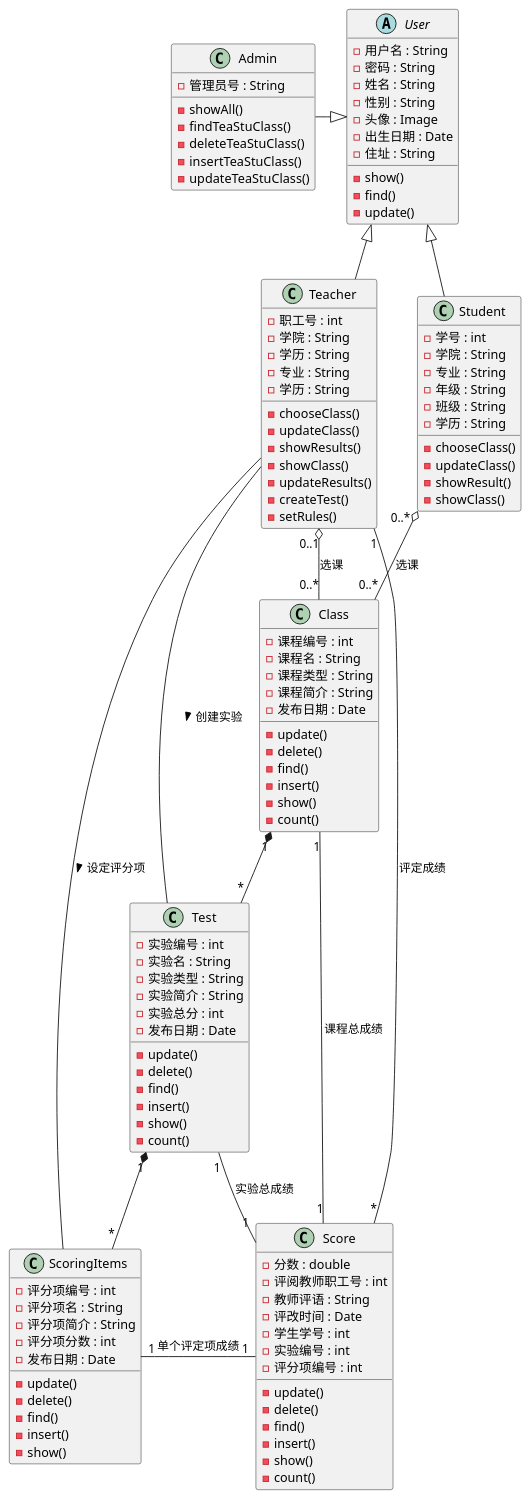
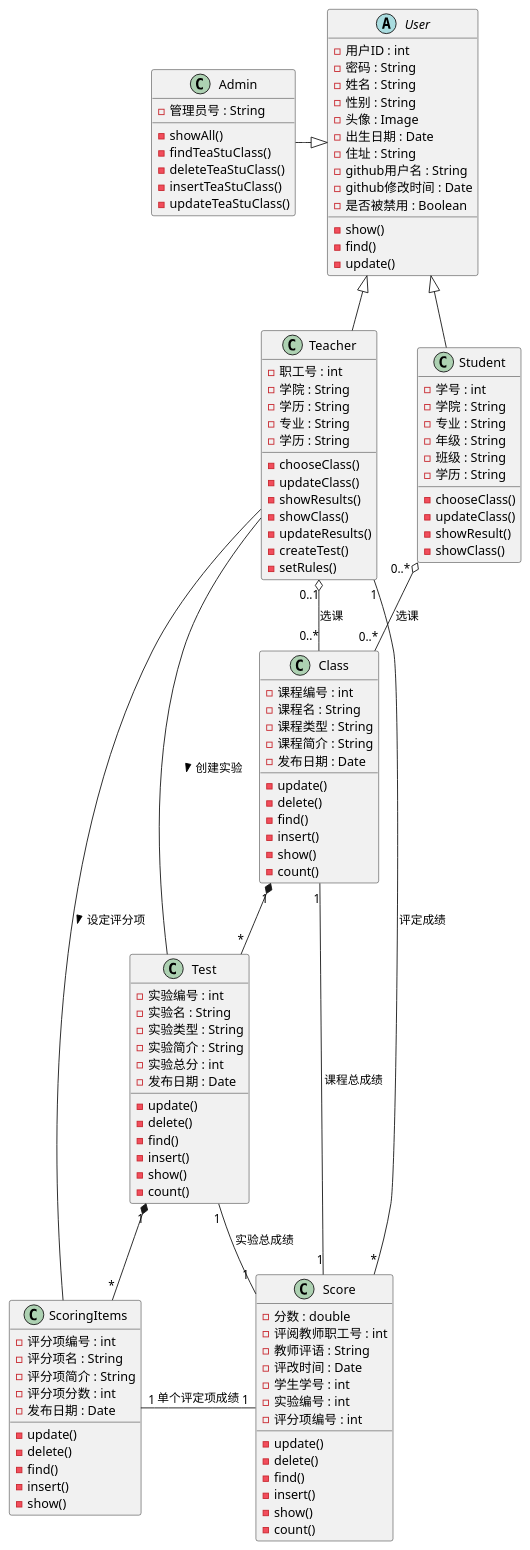
Before and after one commit to mzy1997/is_analysis: the diagram in test6/src/systemClass.puml, drawn with PlantUML. The commit also changed 1 other file, not shown here.

```diff
--- a/test6/src/systemClass.puml
+++ b/test6/src/systemClass.puml
@@ -1,127 +1,130 @@
 @startuml
 
 abstract class User{
--用户名 : String
+-用户ID : int
 -密码 : String
 -姓名 : String
 -性别 : String
 -头像 : Image
 -出生日期 : Date
 -住址 : String
+-github用户名 : String
+-github修改时间 : Date
+-是否被禁用 : Boolean
 -show()
 -find()
 -update()
 }
 
 class Admin{
 -管理员号 : String
 -showAll()
 -findTeaStuClass()
 -deleteTeaStuClass()
 -insertTeaStuClass()
 -updateTeaStuClass()
 }
 
 class Student{
 -学号 : int
 -学院 : String
 -专业 : String
 -年级 : String
 -班级 : String
 -学历 : String
 -chooseClass()
 -updateClass()
 -showResult()
 -showClass()
 }
 
 class Teacher{
 -职工号 : int
 -学院 : String
 -学历 : String
 -专业 : String
 -学历 : String
 -chooseClass()
 -updateClass()
 -showResults()
 -showClass()
 -updateResults()
 -createTest()
 -setRules()
 }
 
 User <|-- Student
 User <|-- Teacher
 User <|-left- Admin
 
 class Class{
 -课程编号 : int
 -课程名 : String
 -课程类型 : String
 -课程简介 : String
 -发布日期 : Date
 -update()
 -delete()
 -find()
 -insert()
 -show()
 -count()
 }
 
 class Test{
 -实验编号 : int
 -实验名 : String
 -实验类型 : String
 -实验简介 : String
 -实验总分 : int
 -发布日期 : Date
 -update()
 -delete()
 -find()
 -insert()
 -show()
 -count()
 }
 
 class ScoringItems{
 -评分项编号 : int
 -评分项名 : String
 -评分项简介 : String
 -评分项分数 : int
 -发布日期 : Date
 -update()
 -delete()
 -find()
 -insert()
 -show()
 }
 
 Teacher "0..1" o-- "0..*" Class:选课
 Student "0..*" o--"0..*" Class:选课
 Class "1" *--"*" Test
 Test "1" *--"*" ScoringItems
 Teacher -- Test:创建实验 >
 Teacher -- ScoringItems:设定评分项 >
 
 
 class Score{
 -分数 : double
 -评阅教师职工号 : int
 -教师评语 : String
 -评改时间 : Date
 -学生学号 : int
 -实验编号 : int
 -评分项编号 : int
 -update()
 -delete()
 -find()
 -insert()
 -show()
 -count()
 }
 
 Test "1" -right-"1" Score:实验总成绩
 ScoringItems "1"-right-"1" Score:单个评定项成绩
 Class "1"-right-"1" Score:课程总成绩
 Teacher "1"--"*" Score:评定成绩
 @enduml
```
